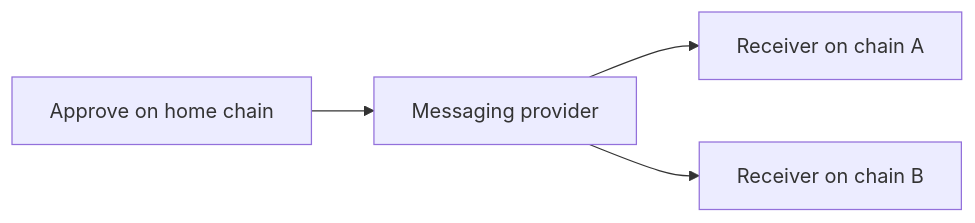
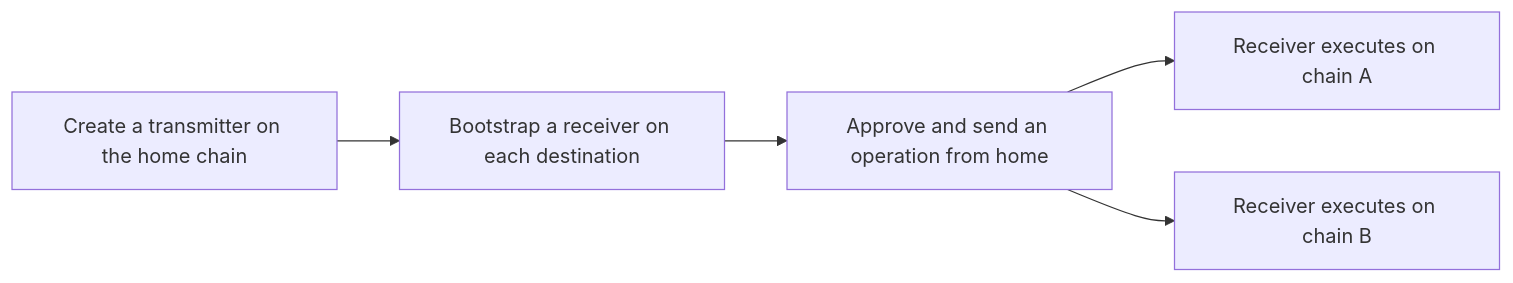
One commit to crossecute/protocol changed the first of 5 diagrams in README.md. Above: the diagram before and after it, drawn with Mermaid. The commit also changed other lines of this file, not shown here.

Commit message:
docs(protocol): diagram the operation lifecycle

````diff
--- a/README.md
+++ b/README.md
@@ -5,6 +7,7 @@
 ```mermaid
 flowchart LR
-    Home["Approve on home chain"] --> Provider["Messaging provider"]
-    Provider --> A["Receiver on chain A"]
-    Provider --> B["Receiver on chain B"]
+    Create["Create a transmitter on the home chain"] --> Setup["Bootstrap a receiver on each destination"]
+    Setup --> Send["Approve and send an operation from home"]
+    Send --> A["Receiver executes on chain A"]
+    Send --> B["Receiver executes on chain B"]
 ```
````
